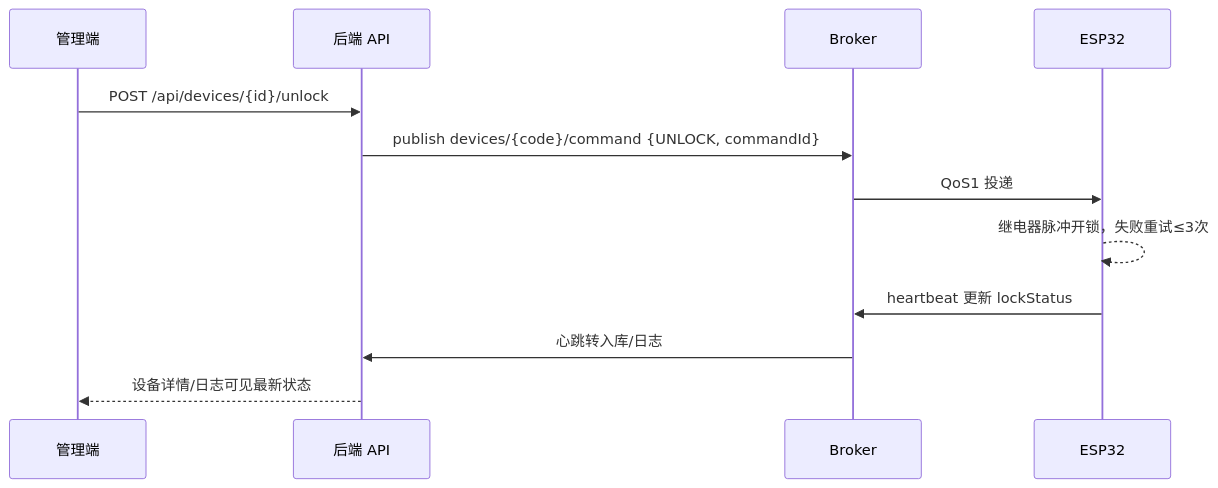
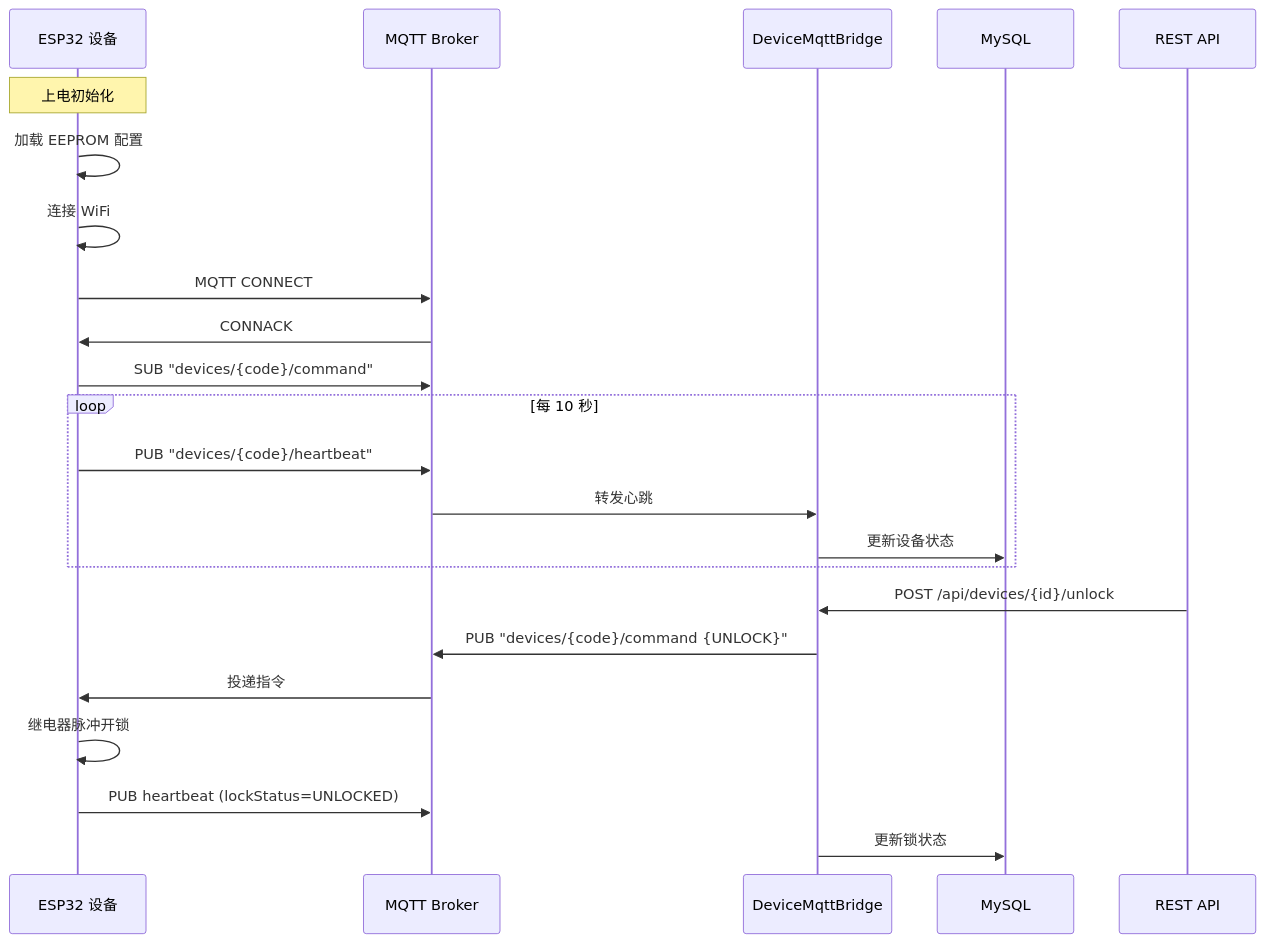
The fourth of 4 diagrams in README.md (SHIKE888/Carebed_Platform), drawn with Mermaid before and after one commit. The commit also changed other lines of this file and 72 other files, not shown here.

````diff
--- a/README.md
+++ b/README.md
@@ -87,15 +288,28 @@
 ```mermaid
 sequenceDiagram
-    participant Admin as 管理端
-    participant API as 后端 API
-    participant MQTT as Broker
-    participant Dev as ESP32
+    participant ESP as ESP32 设备
+    participant MQ as MQTT Broker
+    participant Bridge as DeviceMqttBridge
+    participant DB as MySQL
+    participant API as REST API
 
-    Admin->>API: POST /api/devices/{id}/unlock
-    API->>MQTT: publish devices/{code}/command {UNLOCK, commandId}
-    MQTT->>Dev: QoS1 投递
-    Dev-->>Dev: 继电器脉冲开锁，失败重试≤3次
-    Dev->>MQTT: heartbeat 更新 lockStatus
-    MQTT->>API: 心跳转入库/日志
-    API-->>Admin: 设备详情/日志可见最新状态
+    Note over ESP: 上电初始化
+    ESP->>ESP: 加载 EEPROM 配置
+    ESP->>ESP: 连接 WiFi
+    ESP->>MQ: MQTT CONNECT
+    MQ->>ESP: CONNACK
+    ESP->>MQ: SUB "devices/{code}/command"
+
+    loop 每 10 秒
+        ESP->>MQ: PUB "devices/{code}/heartbeat"
+        MQ->>Bridge: 转发心跳
+        Bridge->>DB: 更新设备状态
+    end
+
+    API->>Bridge: POST /api/devices/{id}/unlock
+    Bridge->>MQ: PUB "devices/{code}/command {UNLOCK}"
+    MQ->>ESP: 投递指令
+    ESP->>ESP: 继电器脉冲开锁
+    ESP->>MQ: PUB heartbeat (lockStatus=UNLOCKED)
+    Bridge->>DB: 更新锁状态
 ```
````
